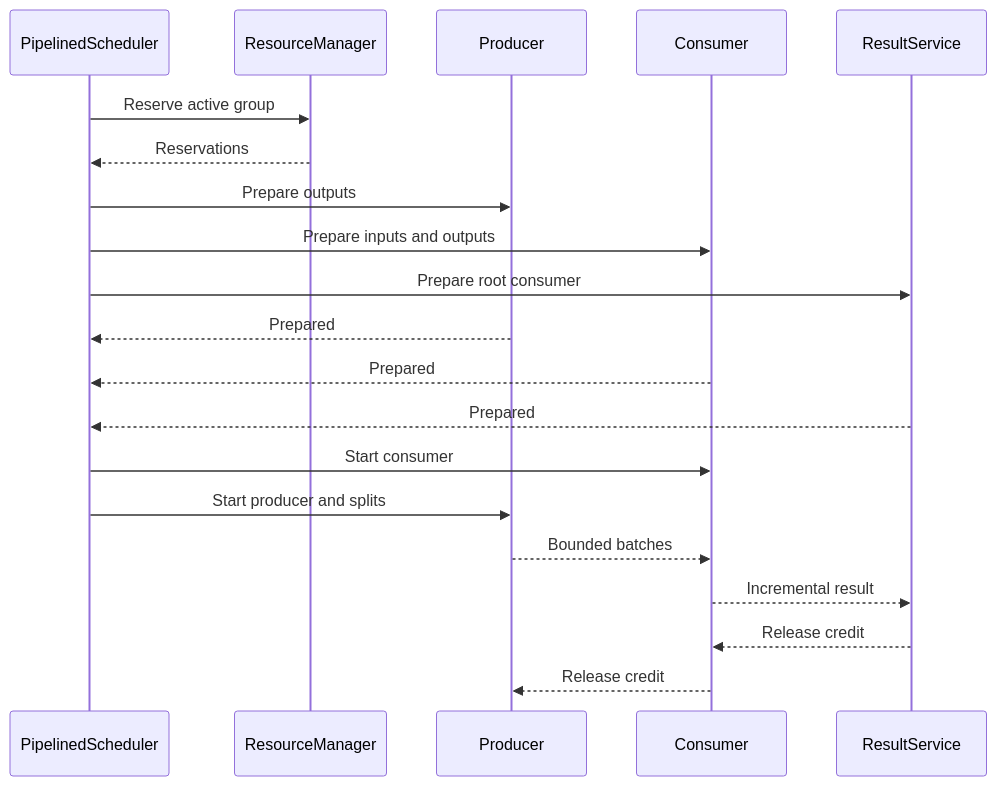
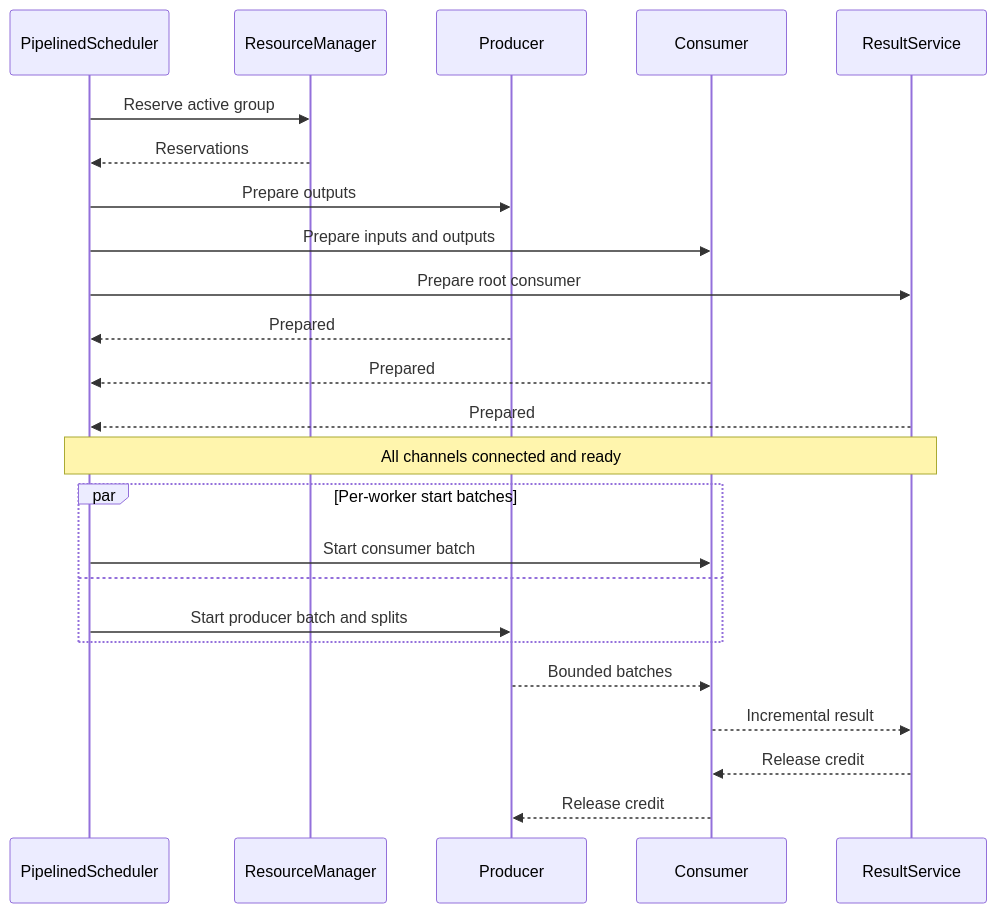
The second of 2 diagrams in PIPELINED_EXECUTION_DESIGN.md (AstroVela/vane), drawn with Mermaid before and after one commit. The commit also changed other lines of this file and 3 other files, not shown here.

Commit message:
perf(execution): batch pipelined worker starts

```diff
--- a/PIPELINED_EXECUTION_DESIGN.md
+++ b/PIPELINED_EXECUTION_DESIGN.md
@@ -495,22 +495,26 @@
 ~~~mermaid
 sequenceDiagram
     participant S as PipelinedScheduler
     participant R as ResourceManager
     participant P as Producer
     participant C as Consumer
     participant O as ResultService
     S->>R: Reserve active group
     R-->>S: Reservations
     S->>P: Prepare outputs
     S->>C: Prepare inputs and outputs
     S->>O: Prepare root consumer
     P-->>S: Prepared
     C-->>S: Prepared
     O-->>S: Prepared
-    S->>C: Start consumer
-    S->>P: Start producer and splits
+    Note over S,O: All channels connected and ready
+    par Per-worker start batches
+        S->>C: Start consumer batch
+    and
+        S->>P: Start producer batch and splits
+    end
     P-->>C: Bounded batches
     C-->>O: Incremental result
     O-->>C: Release credit
     C-->>P: Release credit
 ~~~
```
